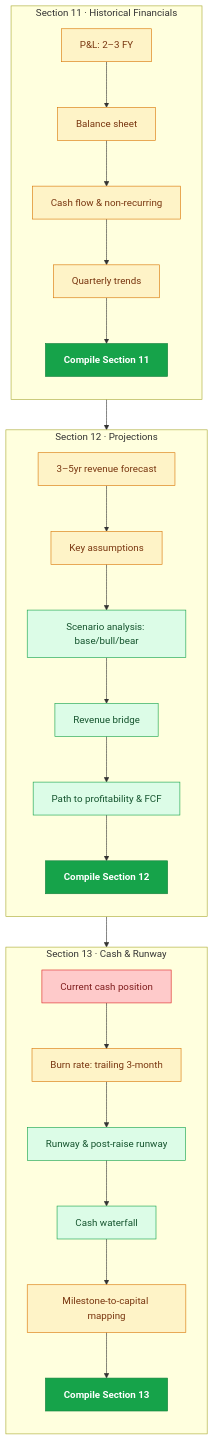
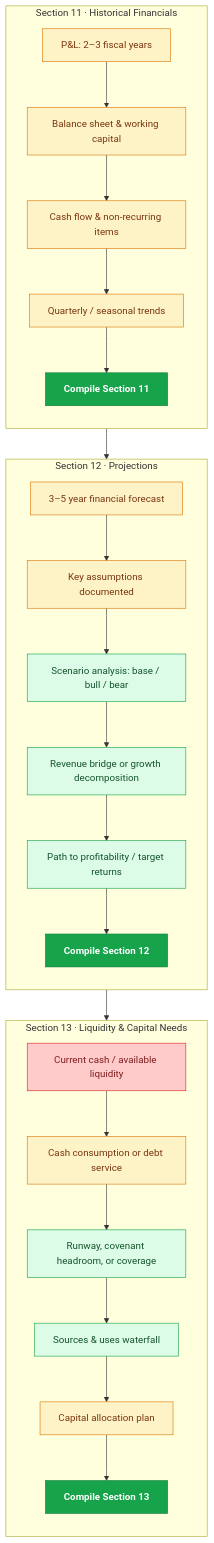
One commit to mrchanpark/IC-Memo-Flow-Chart-V2 changed the ninth of 16 diagrams in README.md. Above: the diagram before and after it, drawn with Mermaid. The commit also changed other lines of this file and 2 other files, not shown here.

````diff
--- a/README.md
+++ b/README.md
@@ -218,31 +219,31 @@
 ```mermaid
 flowchart TB
   subgraph HIST["Section 11 · Historical Financials"]
     direction TB
-    H1["P&L: 2–3 FY"]:::yel --> H2["Balance sheet"]:::yel
-    H2 --> H3["Cash flow & non-recurring"]:::yel
-    H3 --> H4["Quarterly trends"]:::yel
+    H1["P&L: 2–3 fiscal years"]:::yel --> H2["Balance sheet & working capital"]:::yel
+    H2 --> H3["Cash flow & non-recurring items"]:::yel
+    H3 --> H4["Quarterly / seasonal trends"]:::yel
     H4 --> H5["Compile Section 11"]:::grnC
   end
   subgraph PROJ["Section 12 · Projections"]
     direction TB
-    F1["3–5yr revenue forecast"]:::yel --> F2["Key assumptions"]:::yel
-    F2 --> F3["Scenario analysis: base/bull/bear"]:::grn
-    F3 --> F4["Revenue bridge"]:::grn
-    F4 --> F5["Path to profitability & FCF"]:::grn
+    F1["3–5 year financial forecast"]:::yel --> F2["Key assumptions documented"]:::yel
+    F2 --> F3["Scenario analysis: base / bull / bear"]:::grn
+    F3 --> F4["Revenue bridge or growth decomposition"]:::grn
+    F4 --> F5["Path to profitability / target returns"]:::grn
     F5 --> F6["Compile Section 12"]:::grnC
   end
-  subgraph CASH["Section 13 · Cash & Runway"]
+  subgraph CASH["Section 13 · Liquidity & Capital Needs"]
     direction TB
-    R1["Current cash position"]:::red --> R2["Burn rate: trailing 3-month"]:::yel
-    R2 --> R3["Runway & post-raise runway"]:::grn
-    R3 --> R4["Cash waterfall"]:::grn
-    R4 --> R5["Milestone-to-capital mapping"]:::yel
+    R1["Current cash / available liquidity"]:::red --> R2["Cash consumption or debt service"]:::yel
+    R2 --> R3["Runway, covenant headroom, or coverage"]:::grn
+    R3 --> R4["Sources & uses waterfall"]:::grn
+    R4 --> R5["Capital allocation plan"]:::yel
     R5 --> R6["Compile Section 13"]:::grnC
   end
   HIST --> PROJ --> CASH
   classDef red fill:#fecaca,stroke:#dc2626,color:#7f1d1d
   classDef yel fill:#fef3c7,stroke:#d97706,color:#78350f
   classDef grn fill:#dcfce7,stroke:#16a34a,color:#14532d
   classDef grnC fill:#16a34a,stroke:#15803d,color:#fff,font-weight:700
 ```
````
